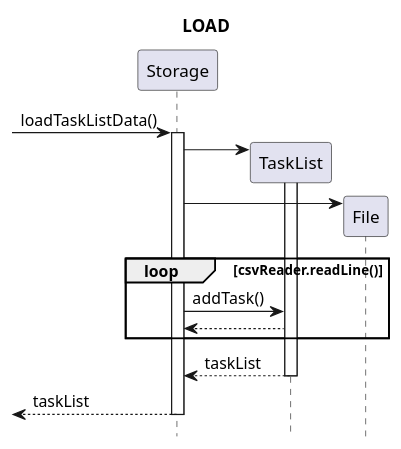
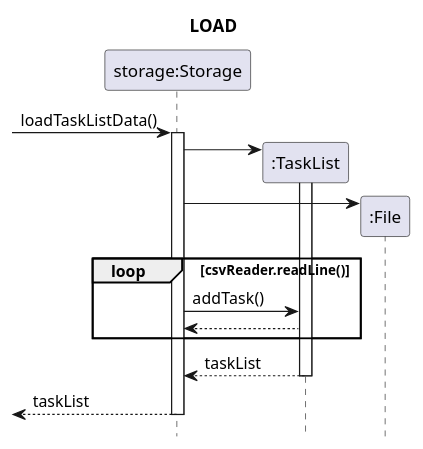
Before and after one commit to wish2023/tp: the diagram in docs/sequenceDiagrams/loadStorage.puml, drawn with PlantUML. The commit also changed 6 other files, not shown here.

```diff
--- a/docs/sequenceDiagrams/loadStorage.puml
+++ b/docs/sequenceDiagrams/loadStorage.puml
@@ -1,16 +1,19 @@
 @startuml
 title LOAD
 hide footbox
 
+participant "storage:Storage" as Storage
+participant ":TaskList" as TaskList
+participant ":File" as File
 
 ->Storage++: loadTaskListData()
 Storage->TaskList**:
 activate TaskList
 Storage->File**
 loop csvReader.readLine()
     Storage->TaskList: addTask()
     TaskList-->Storage
 end
 return taskList
 return taskList
 @enduml
```
